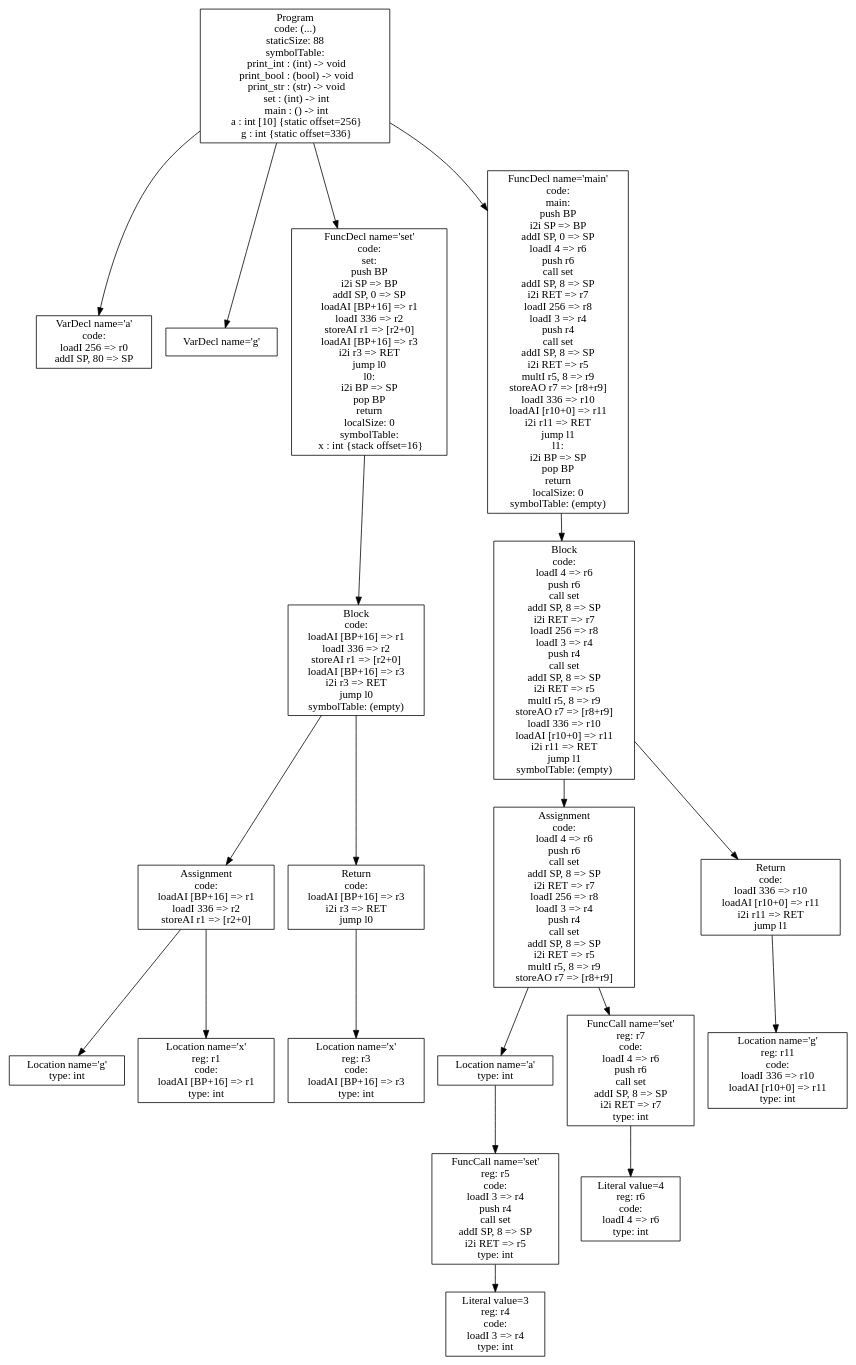
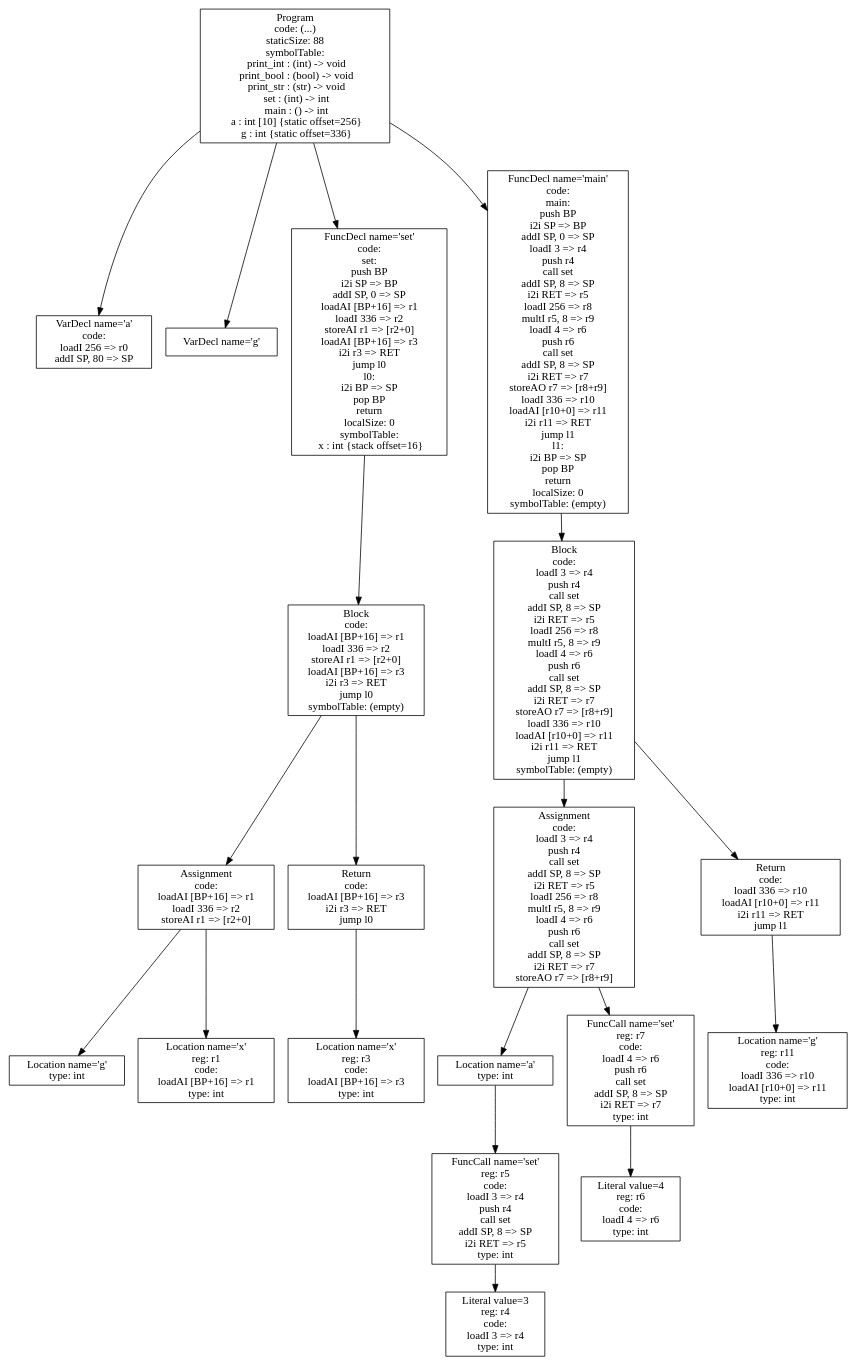
Before and after one commit to atrim11/CS432: the diagram in p4-codegen/iloc-tree.dot, drawn with Graphviz. The commit also changed 16 other files, not shown here.

```diff
--- a/p4-codegen/iloc-tree.dot
+++ b/p4-codegen/iloc-tree.dot
@@ -1,41 +1,41 @@
 digraph AST {
 1 [shape=box, label="VarDecl name='a'\ncode: \nloadI 256 => r0\naddI SP, 80 => SP"];
 2 [shape=box, label="VarDecl name='g'"];
 6 [shape=box, label="Location name='g'\ntype: int"];
 7 [shape=box, label="Location name='x'\nreg: r1\ncode: \nloadAI [BP+16] => r1\ntype: int"];
 5 [shape=box, label="Assignment\ncode: \nloadAI [BP+16] => r1\nloadI 336 => r2\nstoreAI r1 => [r2+0]"];
 5 -> 6;
 5 -> 7;
 9 [shape=box, label="Location name='x'\nreg: r3\ncode: \nloadAI [BP+16] => r3\ntype: int"];
 8 [shape=box, label="Return\ncode: \nloadAI [BP+16] => r3\ni2i r3 => RET\njump l0"];
 8 -> 9;
 4 [shape=box, label="Block\ncode: \nloadAI [BP+16] => r1\nloadI 336 => r2\nstoreAI r1 => [r2+0]\nloadAI [BP+16] => r3\ni2i r3 => RET\njump l0\nsymbolTable: (empty)"];
 4 -> 5;
 4 -> 8;
 3 [shape=box, label="FuncDecl name='set'\ncode: \nset:\npush BP\ni2i SP => BP\naddI SP, 0 => SP\nloadAI [BP+16] => r1\nloadI 336 => r2\nstoreAI r1 => [r2+0]\nloadAI [BP+16] => r3\ni2i r3 => RET\njump l0\nl0:\ni2i BP => SP\npop BP\nreturn\nlocalSize: 0\nsymbolTable: \n  x : int {stack offset=16}"];
 3 -> 4;
 15 [shape=box, label="Literal value=3\nreg: r4\ncode: \nloadI 3 => r4\ntype: int"];
 14 [shape=box, label="FuncCall name='set'\nreg: r5\ncode: \nloadI 3 => r4\npush r4\ncall set\naddI SP, 8 => SP\ni2i RET => r5\ntype: int"];
 14 -> 15;
 13 [shape=box, label="Location name='a'\ntype: int"];
 13 -> 14;
 17 [shape=box, label="Literal value=4\nreg: r6\ncode: \nloadI 4 => r6\ntype: int"];
 16 [shape=box, label="FuncCall name='set'\nreg: r7\ncode: \nloadI 4 => r6\npush r6\ncall set\naddI SP, 8 => SP\ni2i RET => r7\ntype: int"];
 16 -> 17;
-12 [shape=box, label="Assignment\ncode: \nloadI 4 => r6\npush r6\ncall set\naddI SP, 8 => SP\ni2i RET => r7\nloadI 256 => r8\nloadI 3 => r4\npush r4\ncall set\naddI SP, 8 => SP\ni2i RET => r5\nmultI r5, 8 => r9\nstoreAO r7 => [r8+r9]"];
+12 [shape=box, label="Assignment\ncode: \nloadI 3 => r4\npush r4\ncall set\naddI SP, 8 => SP\ni2i RET => r5\nloadI 256 => r8\nmultI r5, 8 => r9\nloadI 4 => r6\npush r6\ncall set\naddI SP, 8 => SP\ni2i RET => r7\nstoreAO r7 => [r8+r9]"];
 12 -> 13;
 12 -> 16;
 19 [shape=box, label="Location name='g'\nreg: r11\ncode: \nloadI 336 => r10\nloadAI [r10+0] => r11\ntype: int"];
 18 [shape=box, label="Return\ncode: \nloadI 336 => r10\nloadAI [r10+0] => r11\ni2i r11 => RET\njump l1"];
 18 -> 19;
-11 [shape=box, label="Block\ncode: \nloadI 4 => r6\npush r6\ncall set\naddI SP, 8 => SP\ni2i RET => r7\nloadI 256 => r8\nloadI 3 => r4\npush r4\ncall set\naddI SP, 8 => SP\ni2i RET => r5\nmultI r5, 8 => r9\nstoreAO r7 => [r8+r9]\nloadI 336 => r10\nloadAI [r10+0] => r11\ni2i r11 => RET\njump l1\nsymbolTable: (empty)"];
+11 [shape=box, label="Block\ncode: \nloadI 3 => r4\npush r4\ncall set\naddI SP, 8 => SP\ni2i RET => r5\nloadI 256 => r8\nmultI r5, 8 => r9\nloadI 4 => r6\npush r6\ncall set\naddI SP, 8 => SP\ni2i RET => r7\nstoreAO r7 => [r8+r9]\nloadI 336 => r10\nloadAI [r10+0] => r11\ni2i r11 => RET\njump l1\nsymbolTable: (empty)"];
 11 -> 12;
 11 -> 18;
-10 [shape=box, label="FuncDecl name='main'\ncode: \nmain:\npush BP\ni2i SP => BP\naddI SP, 0 => SP\nloadI 4 => r6\npush r6\ncall set\naddI SP, 8 => SP\ni2i RET => r7\nloadI 256 => r8\nloadI 3 => r4\npush r4\ncall set\naddI SP, 8 => SP\ni2i RET => r5\nmultI r5, 8 => r9\nstoreAO r7 => [r8+r9]\nloadI 336 => r10\nloadAI [r10+0] => r11\ni2i r11 => RET\njump l1\nl1:\ni2i BP => SP\npop BP\nreturn\nlocalSize: 0\nsymbolTable: (empty)"];
+10 [shape=box, label="FuncDecl name='main'\ncode: \nmain:\npush BP\ni2i SP => BP\naddI SP, 0 => SP\nloadI 3 => r4\npush r4\ncall set\naddI SP, 8 => SP\ni2i RET => r5\nloadI 256 => r8\nmultI r5, 8 => r9\nloadI 4 => r6\npush r6\ncall set\naddI SP, 8 => SP\ni2i RET => r7\nstoreAO r7 => [r8+r9]\nloadI 336 => r10\nloadAI [r10+0] => r11\ni2i r11 => RET\njump l1\nl1:\ni2i BP => SP\npop BP\nreturn\nlocalSize: 0\nsymbolTable: (empty)"];
 10 -> 11;
 0 [shape=box, label="Program\ncode: (...)\nstaticSize: 88\nsymbolTable: \n  print_int : (int) -> void\n  print_bool : (bool) -> void\n  print_str : (str) -> void\n  set : (int) -> int\n  main : () -> int\n  a : int [10] {static offset=256}\n  g : int {static offset=336}"];
 0 -> 1;
 0 -> 2;
 0 -> 3;
 0 -> 10;
 }
```
